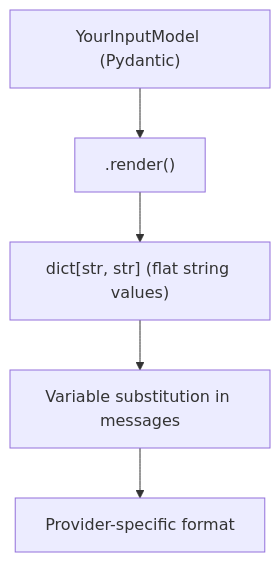
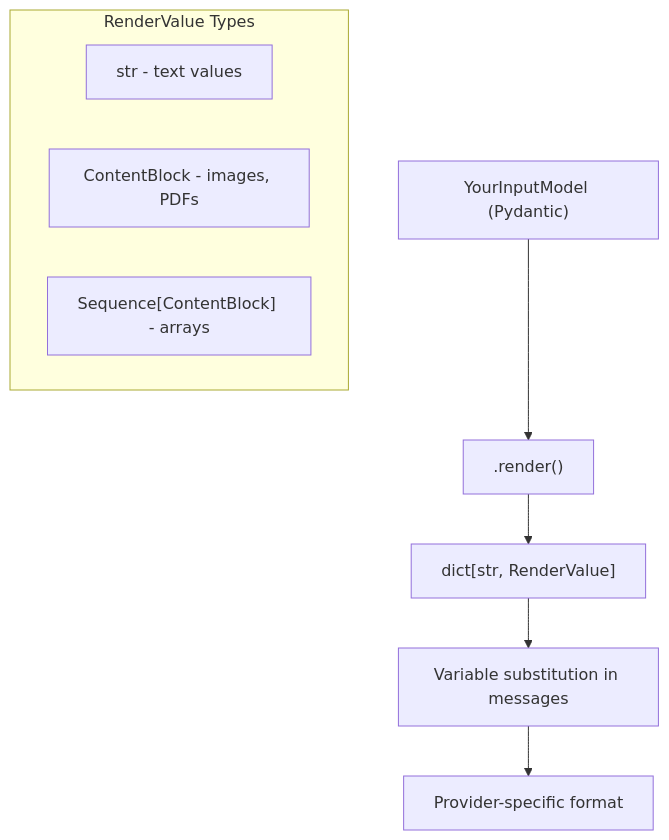
One commit to marksweissma/docs changed the diagram in guides/sessions.mdx. Above: the diagram before and after it, drawn with Mermaid. The commit also changed other lines of this file and 15 other files, not shown here.

````diff
--- a/guides/sessions.mdx
+++ b/guides/sessions.mdx
@@ -68,7 +68,13 @@
 ```mermaid
 flowchart TB
     A["YourInputModel (Pydantic)"] --> B[".render()"]
-    B --> C["dict[str, str] (flat string values)"]
+    B --> C["dict[str, RenderValue]"]
     C --> D["Variable substitution in messages"]
     D --> E["Provider-specific format"]
+
+    subgraph RenderValue["RenderValue Types"]
+        S["str - text values"]
+        CB["ContentBlock - images, PDFs"]
+        ARR["Sequence[ContentBlock] - arrays"]
+    end
 ```
````
